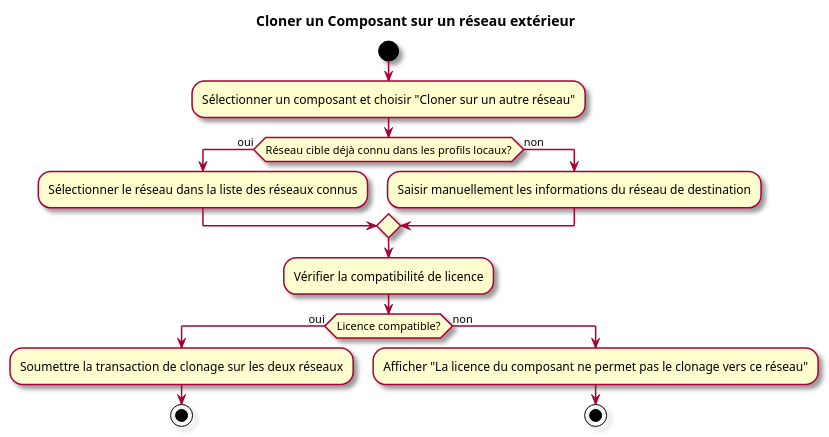
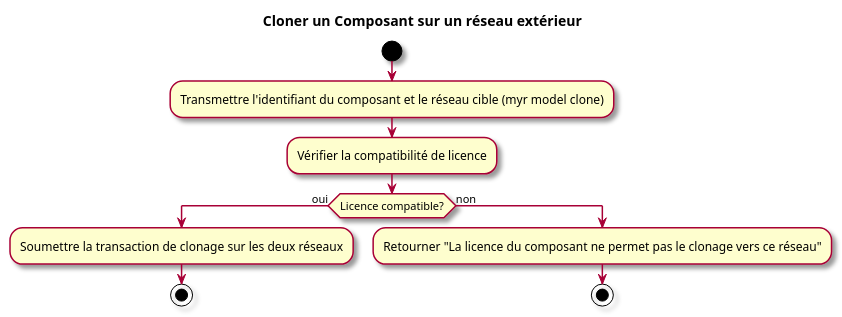
One commit to olivaux/myr changed the second of 2 diagrams in specs/1-Expression/UCPI-Propriete_Intellectuelle/UCPI08.md. Above: the diagram before and after it, drawn with PlantUML. The commit also changed other lines of this file and 65 other files, not shown here.

````diff
--- a/specs/1-Expression/UCPI-Propriete_Intellectuelle/UCPI08.md
+++ b/specs/1-Expression/UCPI-Propriete_Intellectuelle/UCPI08.md
@@ -69,21 +70,16 @@
 ```plantuml
 @startuml
 skin rose
 title Cloner un Composant sur un réseau extérieur
 start
-:Sélectionner un composant et choisir "Cloner sur un autre réseau";
-if (Réseau cible déjà connu dans les profils locaux?) then (oui)
-  :Sélectionner le réseau dans la liste des réseaux connus;
-else (non)
-  :Saisir manuellement les informations du réseau de destination;
-endif
+:Transmettre l'identifiant du composant et le réseau cible (myr model clone);
 :Vérifier la compatibilité de licence;
 if (Licence compatible?) then (oui)
   :Soumettre la transaction de clonage sur les deux réseaux;
   stop
 else (non)
-  :Afficher "La licence du composant ne permet pas le clonage vers ce réseau";
+  :Retourner "La licence du composant ne permet pas le clonage vers ce réseau";
   stop
 endif
 @enduml
 ```
````
